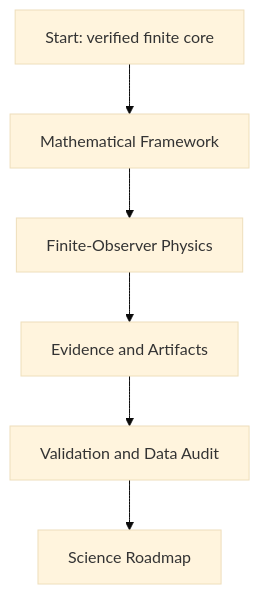
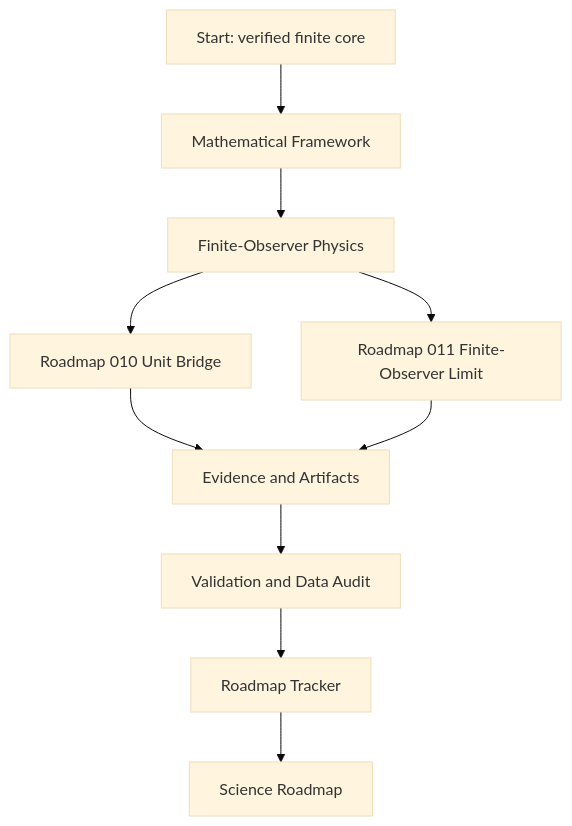
One commit to flynn33/ASH-Model changed the diagram in wiki/Home.md. Above: the diagram before and after it, drawn with Mermaid (base theme). The commit also changed other lines of this file and 15 other files, not shown here.

````diff
--- a/wiki/Home.md
+++ b/wiki/Home.md
@@ -18,8 +20,12 @@
 ```mermaid
 flowchart TD
     A["Start: verified finite core"] --> B["Mathematical Framework"]
     B --> C["Finite-Observer Physics"]
-    C --> D["Evidence and Artifacts"]
-    D --> E["Validation and Data Audit"]
-    E --> F["Science Roadmap"]
+    C --> D["Roadmap 010 Unit Bridge"]
+    C --> E["Roadmap 011 Finite-Observer Limit"]
+    D --> F["Evidence and Artifacts"]
+    E --> F
+    F --> G["Validation and Data Audit"]
+    G --> H["Roadmap Tracker"]
+    H --> I["Science Roadmap"]
 ```
````
